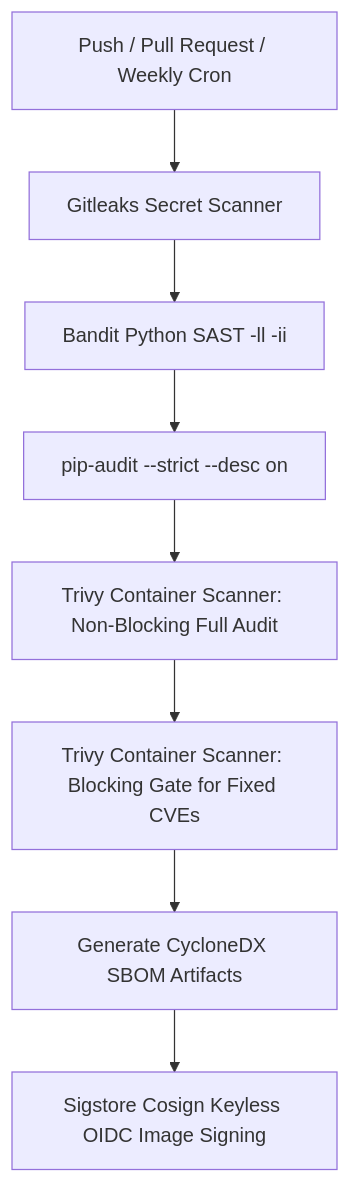
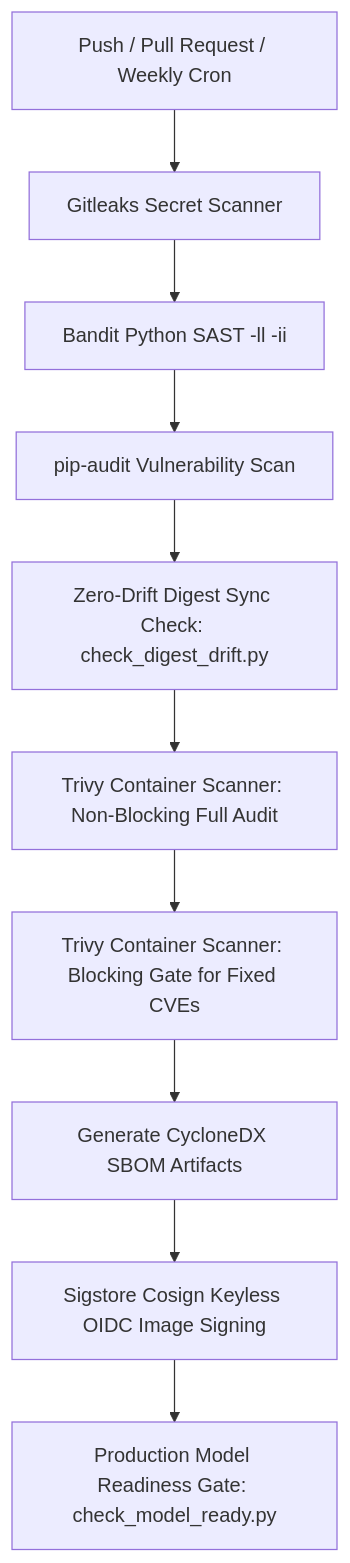
Before and after one commit to armaan-1207/docker-containers: the diagram in README.md, drawn with Mermaid. The commit also changed other lines of this file and 18 other files, not shown here.

````diff
--- a/README.md
+++ b/README.md
@@ -177,10 +185,12 @@
 ```mermaid
 graph TD
     A[Push / Pull Request / Weekly Cron] --> B[Gitleaks Secret Scanner]
     B --> C[Bandit Python SAST -ll -ii]
-    C --> D[pip-audit --strict --desc on]
-    D --> E[Trivy Container Scanner: Non-Blocking Full Audit]
-    E --> F[Trivy Container Scanner: Blocking Gate for Fixed CVEs]
-    F --> G[Generate CycloneDX SBOM Artifacts]
-    G --> H[Sigstore Cosign Keyless OIDC Image Signing]
+    C --> D[pip-audit Vulnerability Scan]
+    D --> E[Zero-Drift Digest Sync Check: check_digest_drift.py]
+    E --> F[Trivy Container Scanner: Non-Blocking Full Audit]
+    F --> G[Trivy Container Scanner: Blocking Gate for Fixed CVEs]
+    G --> H[Generate CycloneDX SBOM Artifacts]
+    H --> I[Sigstore Cosign Keyless OIDC Image Signing]
+    I --> J[Production Model Readiness Gate: check_model_ready.py]
 ```
````
